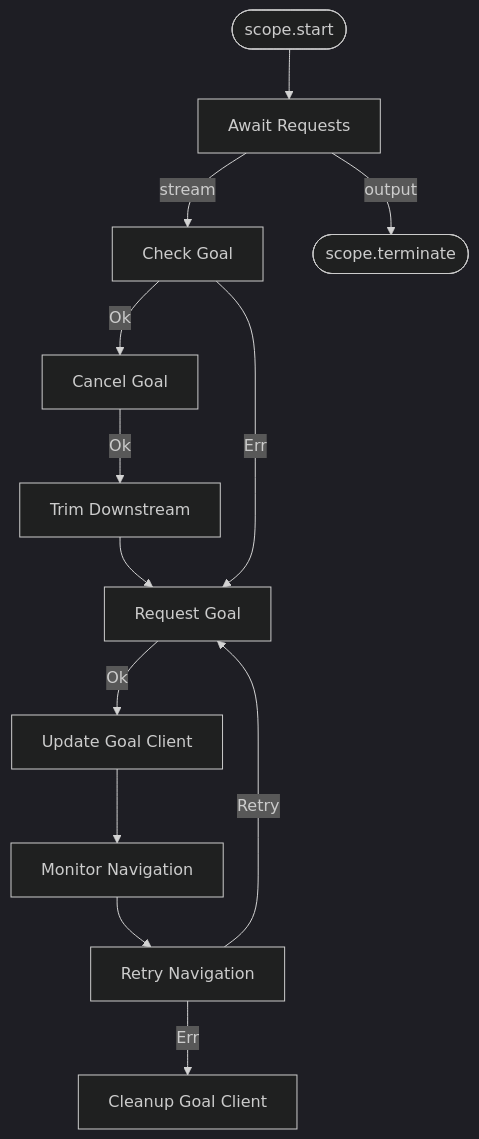
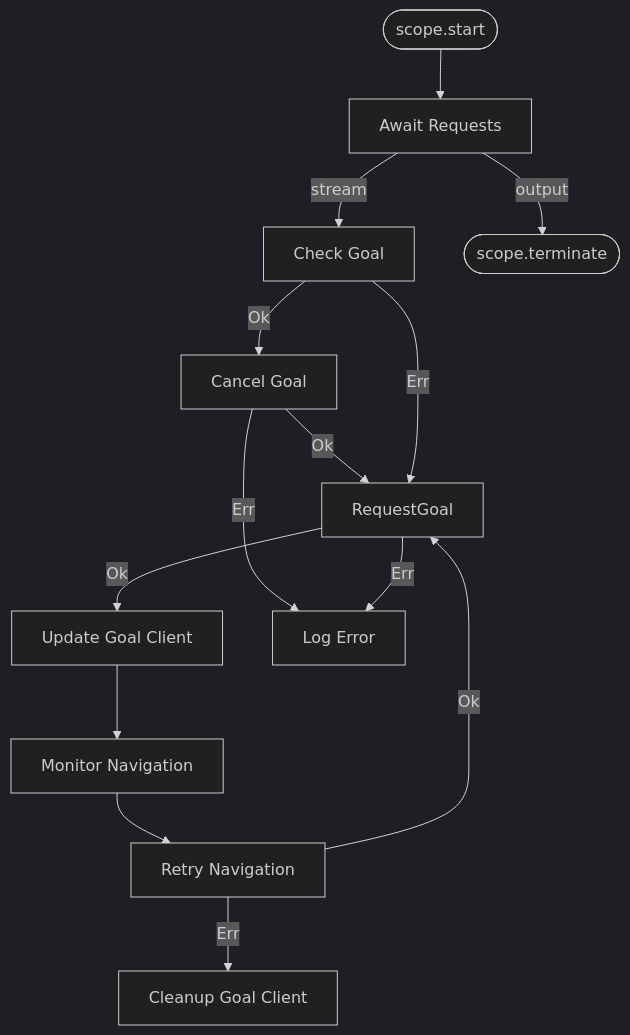
The first of 2 diagrams in README.md (xiyuoh/next_gen_nav2_traffic), drawn with Mermaid (dark theme) before and after one commit. The commit also changed other lines of this file and 2 other files, not shown here.

Commit message:
Remove trim from inner nav services

````diff
--- a/README.md
+++ b/README.md
@@ -10,21 +10,23 @@
 ```mermaid
 graph TD
     Start([scope.start]) --> AwaitReq[Await Requests]
     
     AwaitReq -->|stream| CheckGoal[Check Goal]
     
     CheckGoal -->|Ok| CancelGoal[Cancel Goal]
-    CancelGoal -->|Ok| TrimNode[Trim Downstream]
-    TrimNode --> RequestGoal[Request Goal]
+    CancelGoal -->|Ok| RequestGoal
     
     CheckGoal -->|Err| RequestGoal
     
     RequestGoal -->|Ok| UpdateGoal[Update Goal Client]
     UpdateGoal --> MonitorGoal[Monitor Navigation]
     MonitorGoal --> RetryNav[Retry Navigation]
 
-    RetryNav -->|Retry| RequestGoal
+    RetryNav -->|Ok| RequestGoal
     RetryNav -->|Err| CleanupGoal[Cleanup Goal Client]
     
+    CancelGoal -->|Err| LogError[Log Error]
+    RequestGoal -->|Err| LogError
+
     AwaitReq -->|output| Terminate([scope.terminate])
 ```
````
